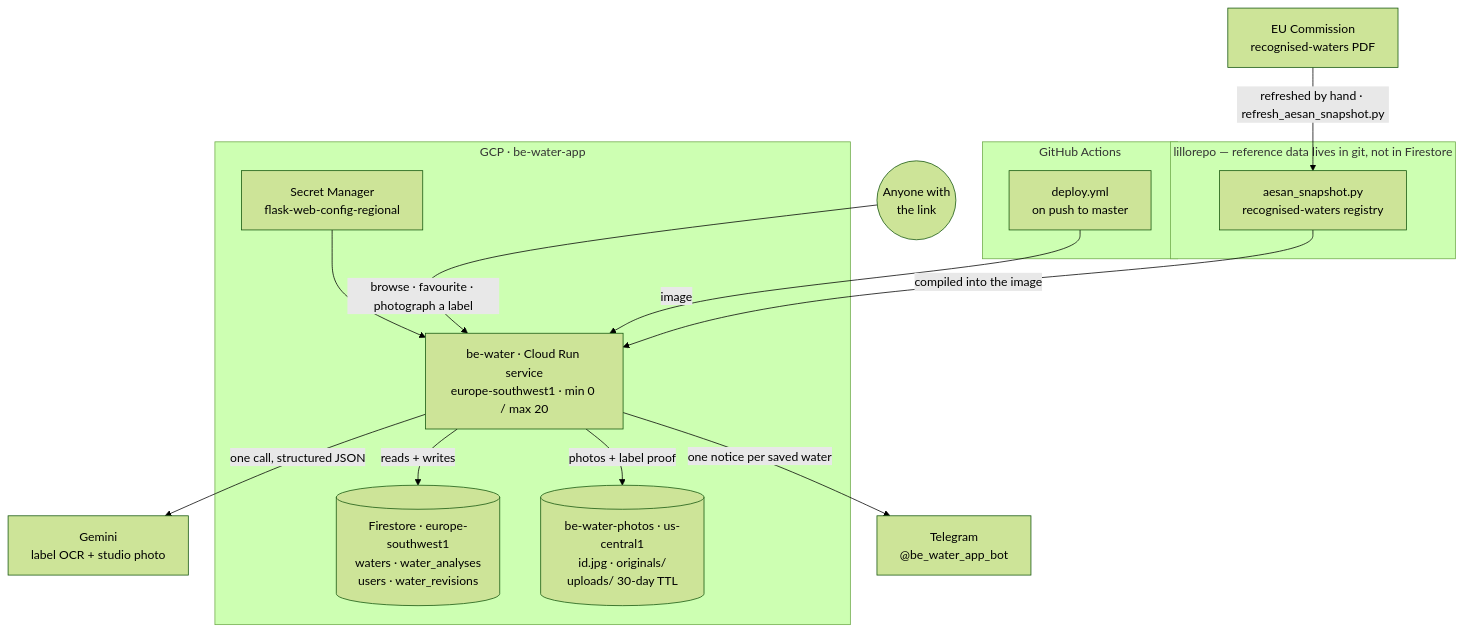
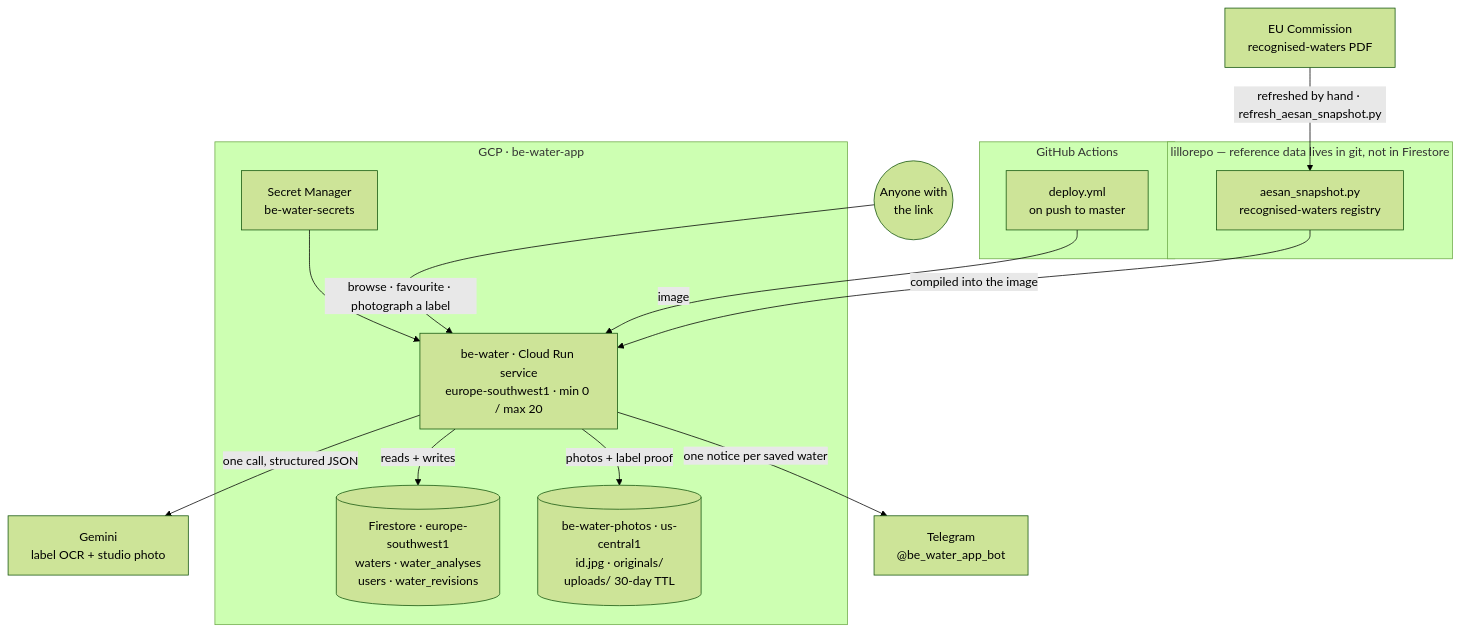
Before and after one commit to jorgelillo7/lillorepo: the first of 2 diagrams in packages/be_water/README.md, drawn with Mermaid (forest theme). The commit also changed 13 other files, not shown here.

First line of the commit message:
chore: one secret per package — biwenger-secrets, chucknorris-secrets, be-water-secrets (#511)

````diff
--- a/packages/be_water/README.md
+++ b/packages/be_water/README.md
@@ -31,34 +31,34 @@
 ```mermaid
 graph TD
     USR(("Anyone with<br/>the link"))
 
     subgraph REPO["lillorepo — reference data lives in git, not in Firestore"]
         SNAP["aesan_snapshot.py<br/>recognised-waters registry"]
     end
 
     subgraph CI["GitHub Actions"]
         DEP["deploy.yml<br/>on push to master"]
     end
 
     EU["EU Commission<br/>recognised-waters PDF"]
 
     subgraph GCP["GCP · be-water-app"]
         RUN["be-water · Cloud Run service<br/>europe-southwest1 · min 0 / max 20"]
         FS[("Firestore · europe-southwest1<br/>waters · water_analyses<br/>users · water_revisions")]
         GCS[("be-water-photos · us-central1<br/>id.jpg · originals/<br/>uploads/ 30-day TTL")]
-        SEC["Secret Manager<br/>flask-web-config-regional"]
+        SEC["Secret Manager<br/>be-water-secrets"]
     end
 
     GEM["Gemini<br/>label OCR + studio photo"]
     TG["Telegram<br/>@be_water_app_bot"]
 
     USR -->|"browse · favourite · photograph a label"| RUN
     RUN -->|"one call, structured JSON"| GEM
     RUN -->|"reads + writes"| FS
     RUN -->|"photos + label proof"| GCS
     SNAP -->|"compiled into the image"| RUN
     SEC --> RUN
     RUN -->|"one notice per saved water"| TG
     DEP -->|"image"| RUN
     EU -->|"refreshed by hand · refresh_aesan_snapshot.py"| SNAP
 ```
````
